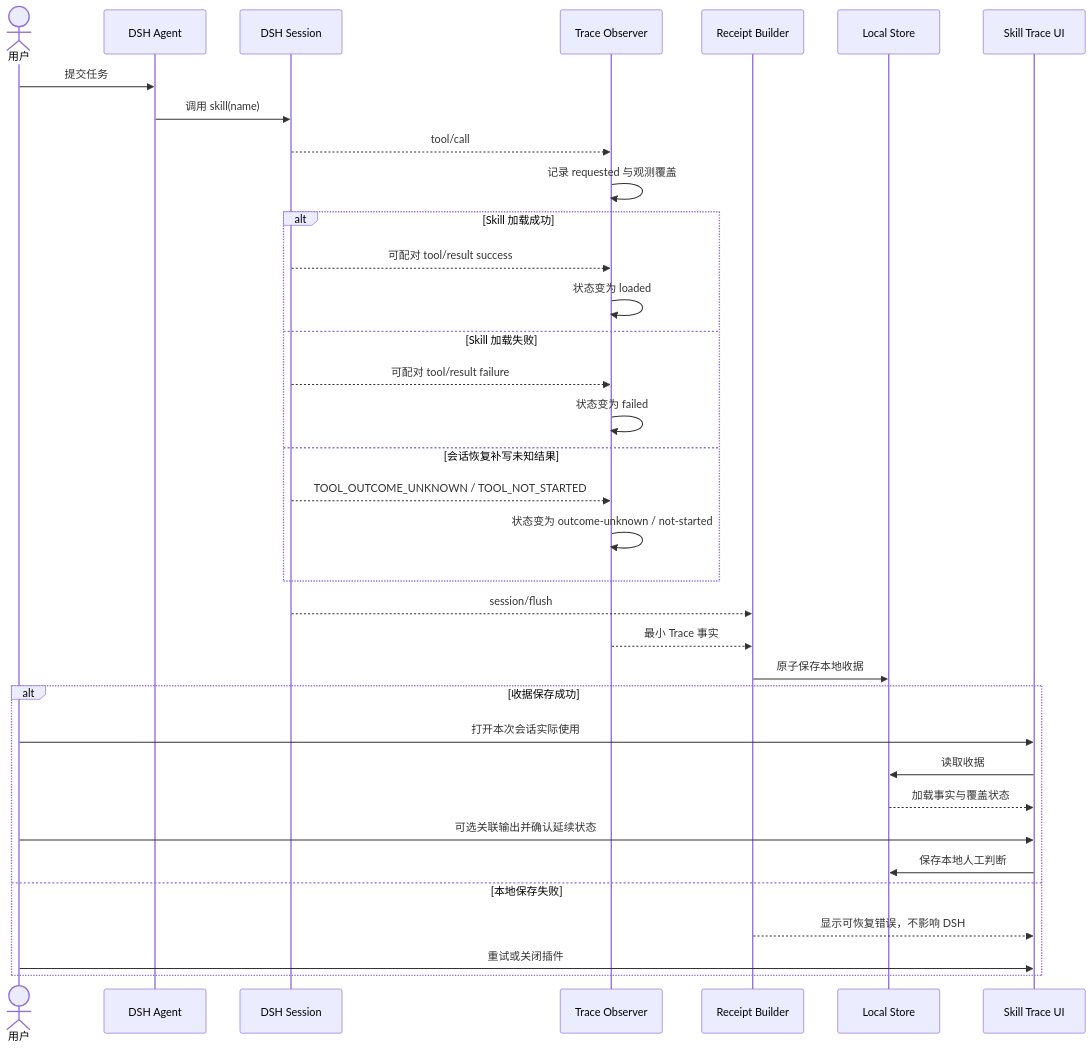
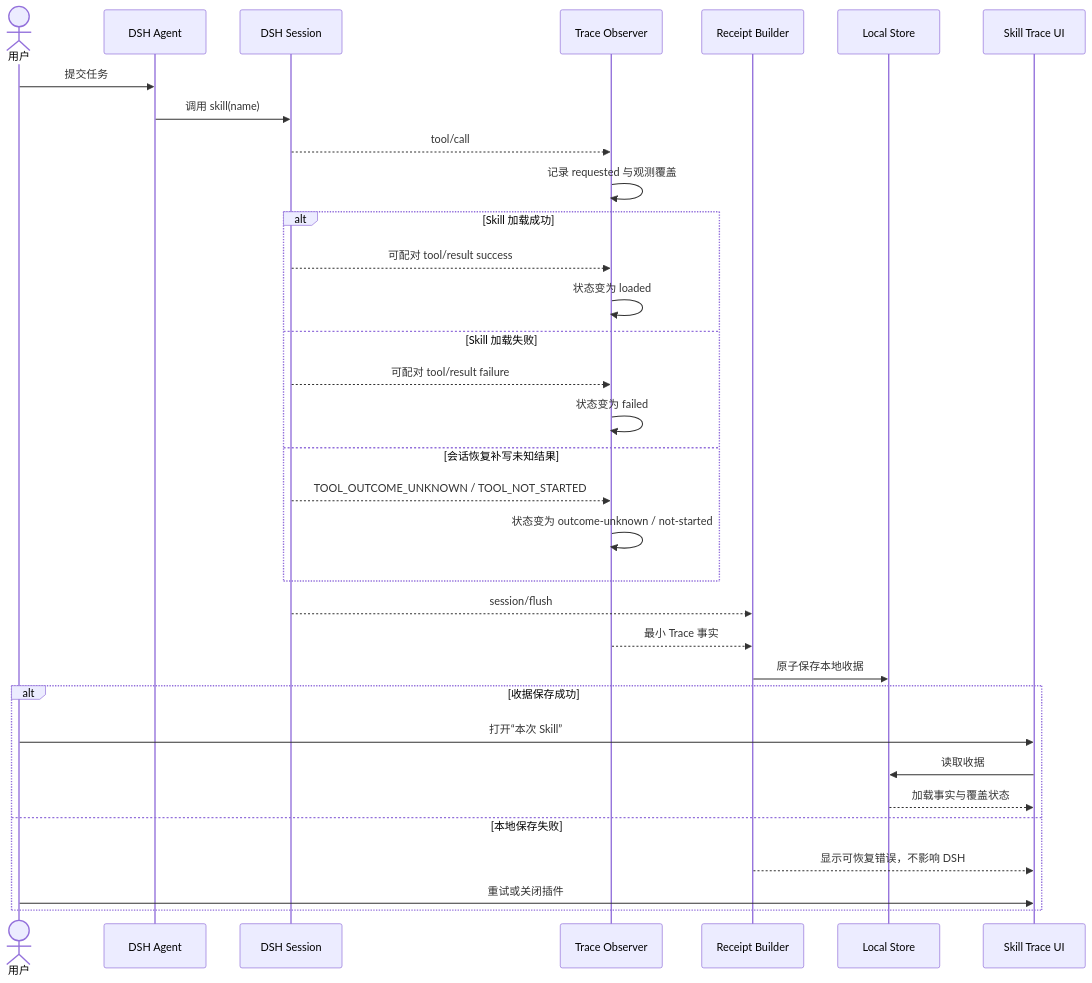
Before and after one commit to PolinniZhong/dsh-skill-intelligence: the third of 7 diagrams in 04-product-requirements.md, drawn with Mermaid. The commit also changed other lines of this file and 20 other files, not shown here.

````diff
--- a/04-product-requirements.md
+++ b/04-product-requirements.md
@@ -342,41 +342,39 @@
 ```mermaid
 sequenceDiagram
     actor U as 用户
     participant A as DSH Agent
     participant S as DSH Session
     participant O as Trace Observer
     participant R as Receipt Builder
     participant L as Local Store
     participant UI as Skill Trace UI
 
     U->>A: 提交任务
     A->>S: 调用 skill(name)
     S-->>O: tool/call
     O->>O: 记录 requested 与观测覆盖
 
     alt Skill 加载成功
         S-->>O: 可配对 tool/result success
         O->>O: 状态变为 loaded
     else Skill 加载失败
         S-->>O: 可配对 tool/result failure
         O->>O: 状态变为 failed
     else 会话恢复补写未知结果
         S-->>O: TOOL_OUTCOME_UNKNOWN / TOOL_NOT_STARTED
         O->>O: 状态变为 outcome-unknown / not-started
     end
 
     S-->>R: session/flush
     O-->>R: 最小 Trace 事实
     R->>L: 原子保存本地收据
 
     alt 收据保存成功
-        U->>UI: 打开本次会话实际使用
+        U->>UI: 打开“本次 Skill”
         UI->>L: 读取收据
         L-->>UI: 加载事实与覆盖状态
-        U->>UI: 可选关联输出并确认延续状态
-        UI->>L: 保存本地人工判断
     else 本地保存失败
         R-->>UI: 显示可恢复错误，不影响 DSH
         U->>UI: 重试或关闭插件
     end
 ```
````
